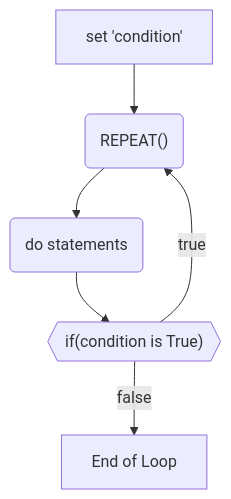
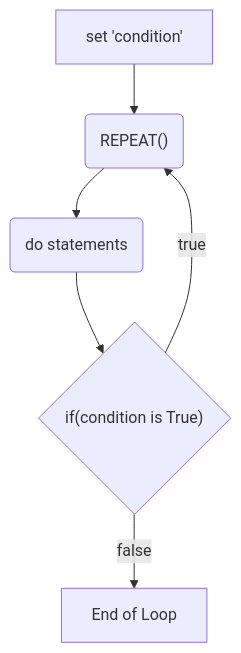
Before and after one commit to amydevs/php-assignments: the diagram in 5posttest/README.md, drawn with Mermaid. The commit also changed 1 other file, not shown here.

Commit message:
changed to squares

````diff
--- a/5posttest/README.md
+++ b/5posttest/README.md
@@ -13,10 +13,10 @@
 ```mermaid
 graph TD
 	set["set 'condition'"]
 	repeat("REPEAT()")
-	if{{"if(condition is True)"}}
+	if{"if(condition is True)"}
 	do("do statements")
 	endofloop["End of Loop"]
 	set --> repeat --> do --> if -- true --> repeat
 	if -- false --> endofloop
 ```
````
